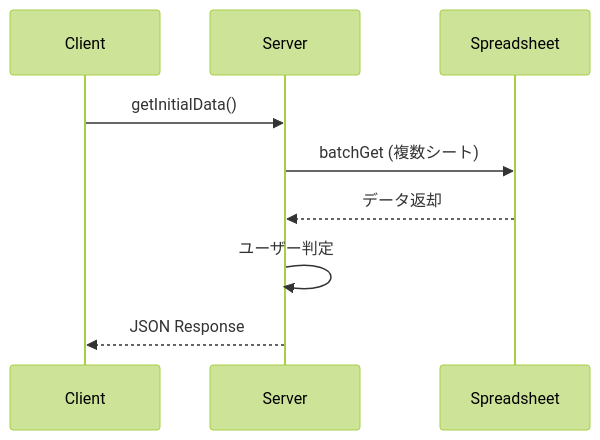
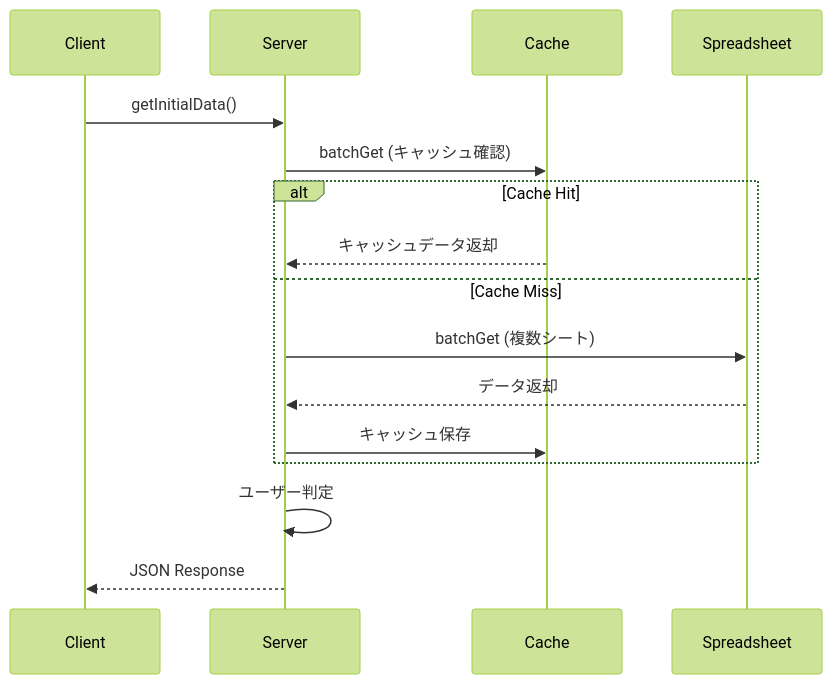
Before and after one commit to suzukishigeru4b/juken-survey-public: the third of 6 diagrams in PROGRAM_SPECIFICATION.md, drawn with Mermaid (forest theme). The commit also changed other lines of this file and 6 other files, not shown here.

````diff
--- a/PROGRAM_SPECIFICATION.md
+++ b/PROGRAM_SPECIFICATION.md
@@ -194,12 +196,19 @@
 ```mermaid
 sequenceDiagram
     participant C as Client
     participant S as Server
+    participant Cache as Cache
     participant SS as Spreadsheet
     
     C->>S: getInitialData()
-    S->>SS: batchGet (複数シート)
-    SS-->>S: データ返却
+    S->>Cache: batchGet (キャッシュ確認)
+    alt Cache Hit
+        Cache-->>S: キャッシュデータ返却
+    else Cache Miss
+        S->>SS: batchGet (複数シート)
+        SS-->>S: データ返却
+        S->>Cache: キャッシュ保存
+    end
     S->>S: ユーザー判定
     S-->>C: JSON Response
 ```
````
